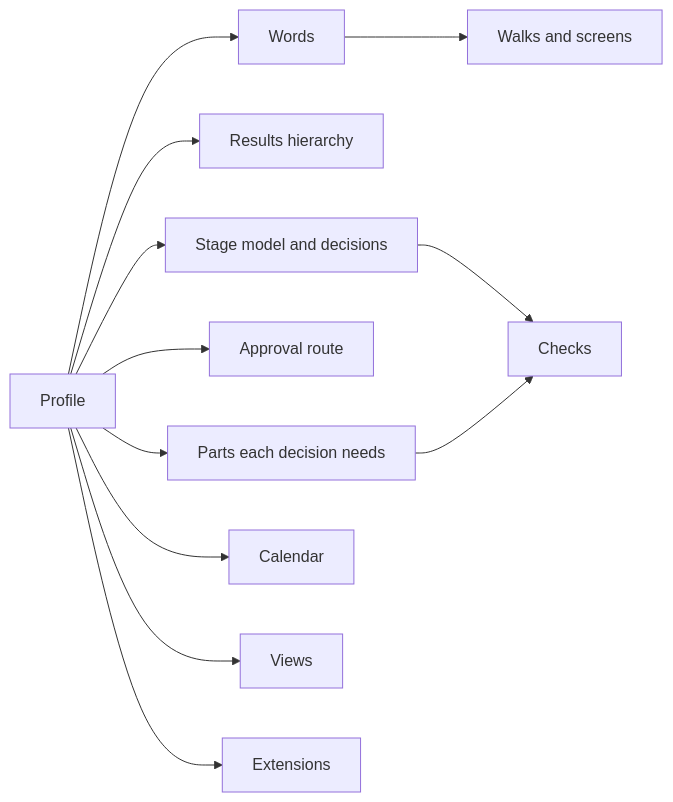
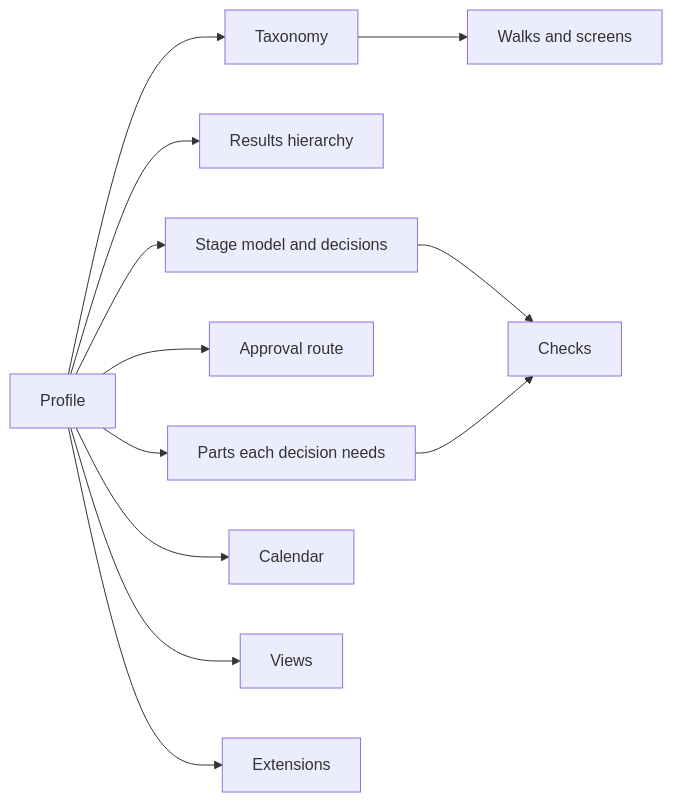
One commit to ProjectCartograph/cartograph-design changed the diagram in docs/explanation/decisions/DD-0008-profiles-hold-what-differs-between-domains.md. Above: the diagram before and after it, drawn with Mermaid. The commit also changed other lines of this file and 17 other files, not shown here.

````diff
--- a/docs/explanation/decisions/DD-0008-profiles-hold-what-differs-between-domains.md
+++ b/docs/explanation/decisions/DD-0008-profiles-hold-what-differs-between-domains.md
@@ -23,14 +23,14 @@
 ```mermaid
 flowchart LR
-  PR["Profile"] --> W["Words"]
+  PR["Profile"] --> W["Taxonomy"]
   PR --> H["Results hierarchy"]
   PR --> ST["Stage model and decisions"]
   PR --> RT["Approval route"]
   PR --> RQ["Parts each decision needs"]
   PR --> CA["Calendar"]
   PR --> VW["Views"]
   PR --> EX["Extensions"]
   W --> UI["Walks and screens"]
   ST --> CH["Checks"]
   RQ --> CH
 ```
````
